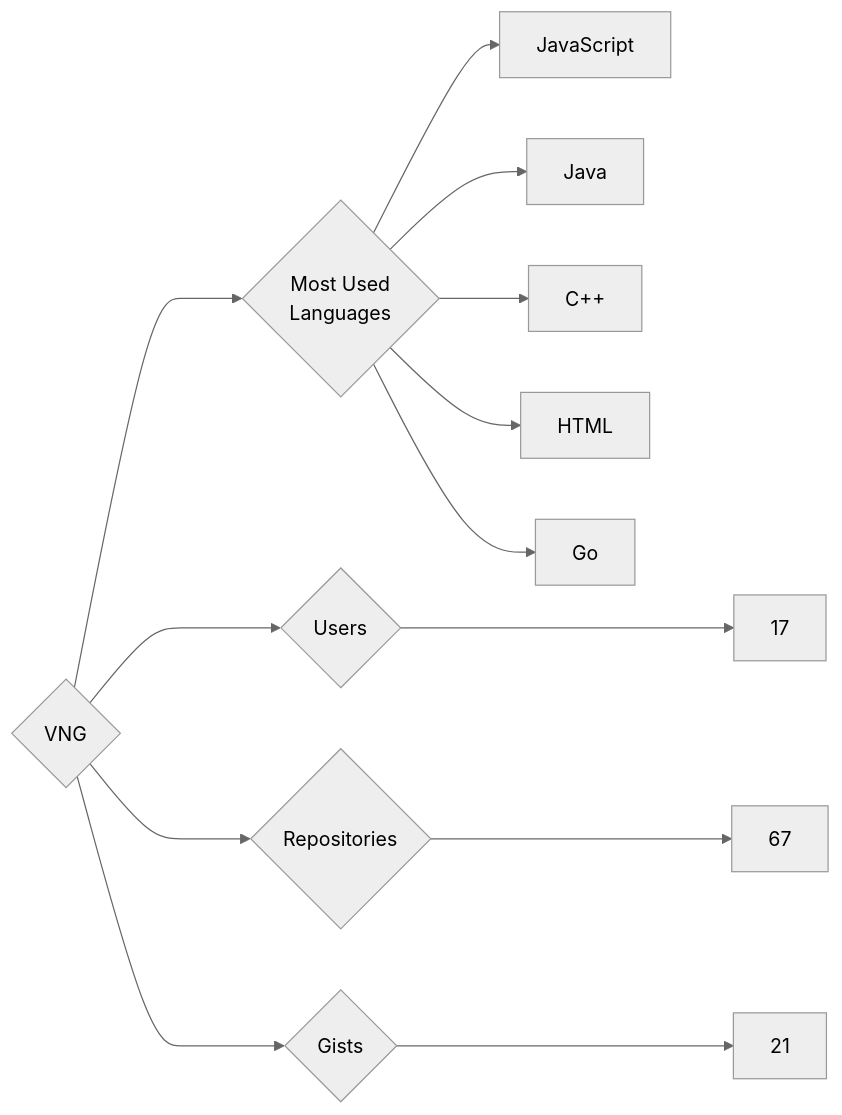
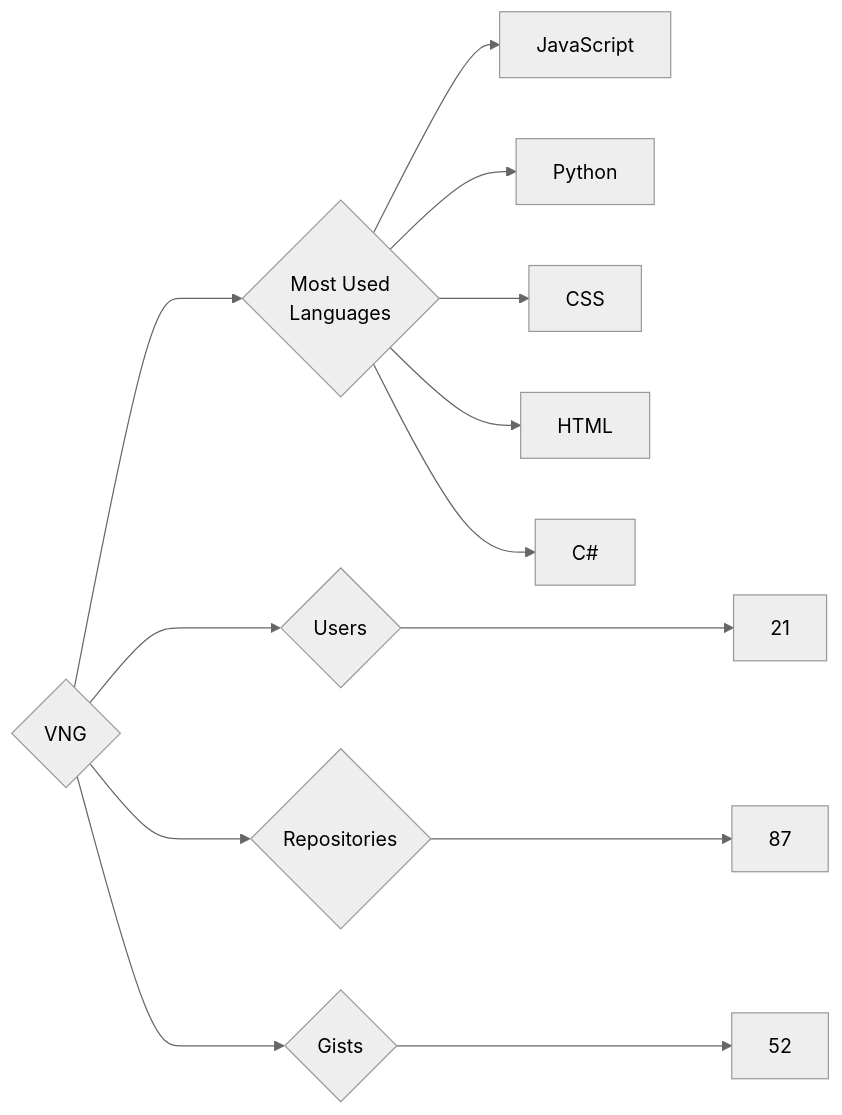
The diagram in targets/VNG/README.md (trickest/insiders), drawn with Mermaid (neutral theme) before and after one commit. The commit also changed 1011 other files, not shown here.

````diff
--- a/targets/VNG/README.md
+++ b/targets/VNG/README.md
@@ -3,13 +3,13 @@
 ```mermaid
 graph LR
 COMPANY_NAME{VNG}
-COMPANY_NAME ---> U{Users} ---> UN[17]
-COMPANY_NAME ---> R{Repositories} ---> RN[67]
-COMPANY_NAME ---> G{Gists} ---> GN[21]
+COMPANY_NAME ---> U{Users} ---> UN[21]
+COMPANY_NAME ---> R{Repositories} ---> RN[87]
+COMPANY_NAME ---> G{Gists} ---> GN[52]
 COMPANY_NAME ---> ML{Most Used<br>Languages}
 ML --> JavaScript[JavaScript]
-ML --> Java[Java]
-ML --> C++[C++]
+ML --> Python[Python]
+ML --> CSS[CSS]
 ML --> HTML[HTML]
-ML --> Go[Go]
+ML --> C#[C#]
 ```
````
